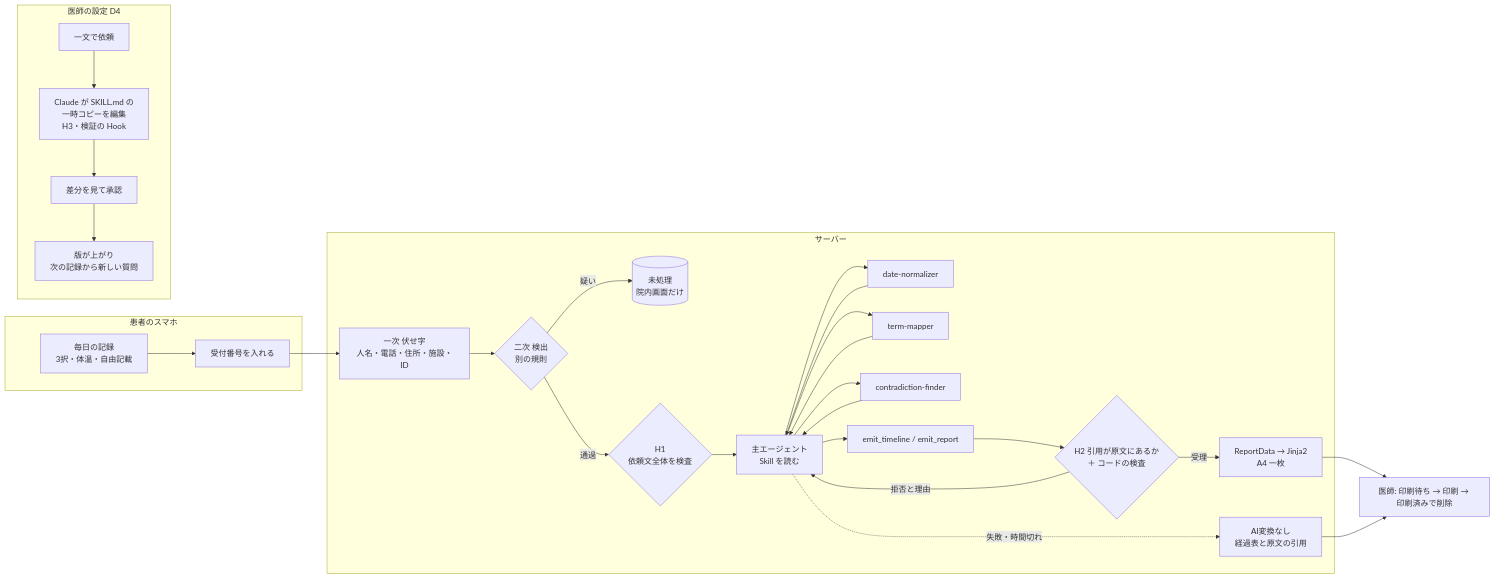
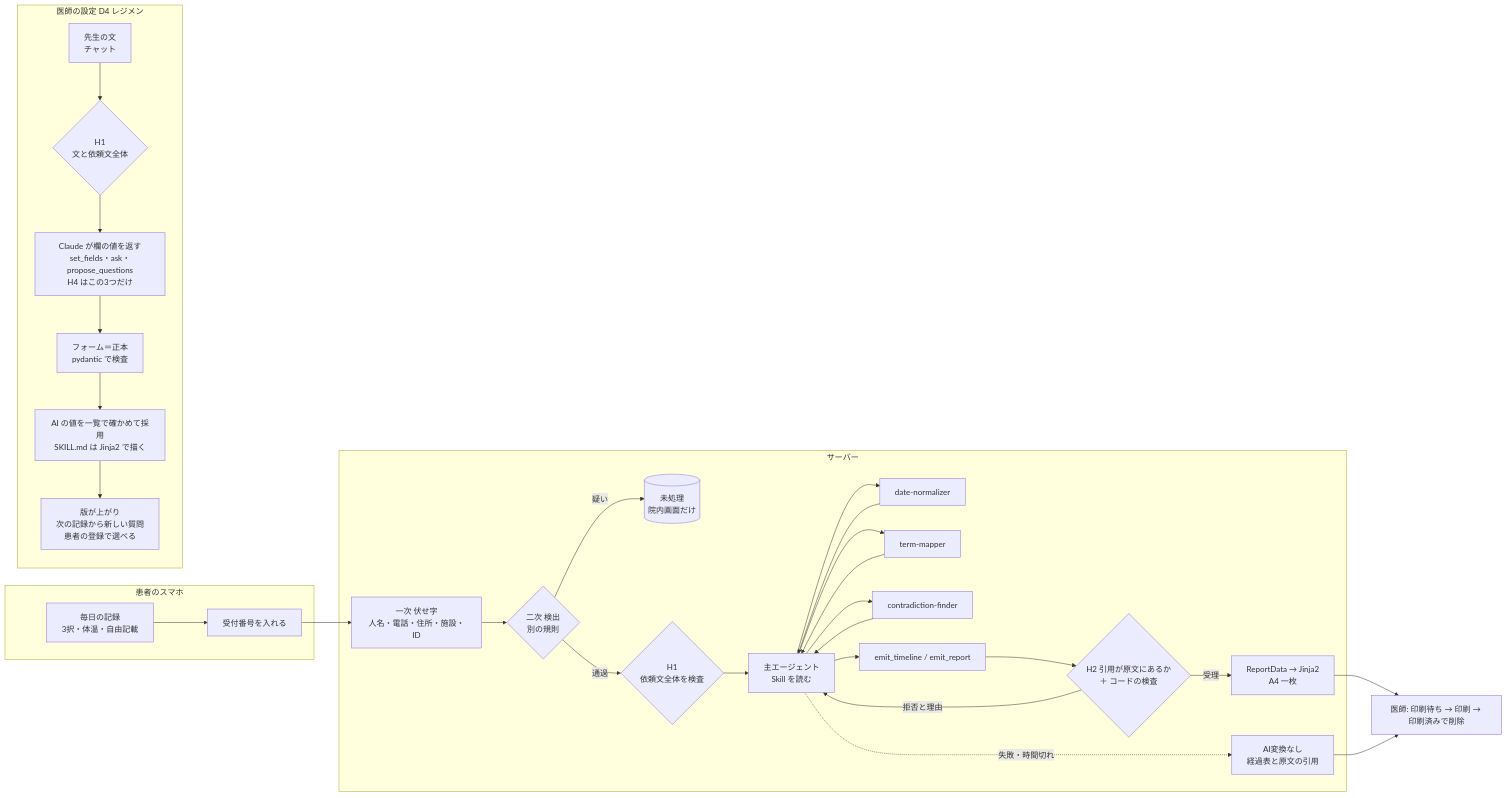
One commit to investorHawk/tsutae changed the diagram in README.md. Above: the diagram before and after it, drawn with Mermaid. The commit also changed other lines of this file and 12 other files, not shown here.

````diff
--- a/README.md
+++ b/README.md
@@ -49,28 +49,31 @@
 ```mermaid
 flowchart LR
   subgraph PT [患者のスマホ]
     P1[毎日の記録<br/>3択・体温・自由記載] --> P3[受付番号を入れる]
   end
   subgraph SV [サーバー]
     M1[一次 伏せ字<br/>人名・電話・住所・施設・ID] --> M2{二次 検出<br/>別の規則}
     M2 -- 疑い --> D6[(未処理<br/>院内画面だけ)]
     M2 -- 通過 --> H1{H1<br/>依頼文全体を検査}
     H1 --> MAIN[主エージェント<br/>Skill を読む]
     MAIN --> A1[date-normalizer]
     MAIN --> A2[term-mapper]
     MAIN --> A3[contradiction-finder]
     A1 & A2 & A3 --> MAIN
     MAIN --> T1[emit_timeline / emit_report]
     T1 --> H2{H2 引用が原文にあるか<br/>＋ コードの検査}
     H2 -- 拒否と理由 --> MAIN
     H2 -- 受理 --> R[ReportData → Jinja2<br/>A4 一枚]
     MAIN -. 失敗・時間切れ .-> FB[AI変換なし<br/>経過表と原文の引用]
   end
   P3 --> M1
   R --> D3[医師: 印刷待ち → 印刷 → 印刷済みで削除]
   FB --> D3
-  subgraph D4 [医師の設定 D4]
-    S1[一文で依頼] --> S2[Claude が SKILL.md の<br/>一時コピーを編集<br/>H3・検証の Hook]
-    S2 --> S3[差分を見て承認] --> S4[版が上がり<br/>次の記録から新しい質問]
+  subgraph D4 [医師の設定 D4 レジメン]
+    S1[先生の文<br/>チャット] --> S2{H1<br/>文と依頼文全体}
+    S2 --> S3[Claude が欄の値を返す<br/>set_fields・ask・propose_questions<br/>H4 はこの3つだけ]
+    S3 --> S4[フォーム＝正本<br/>pydantic で検査]
+    S4 --> S5[AI の値を一覧で確かめて採用<br/>SKILL.md は Jinja2 で描く]
+    S5 --> S6[版が上がり<br/>次の記録から新しい質問<br/>患者の登録で選べる]
   end
 ```
````
